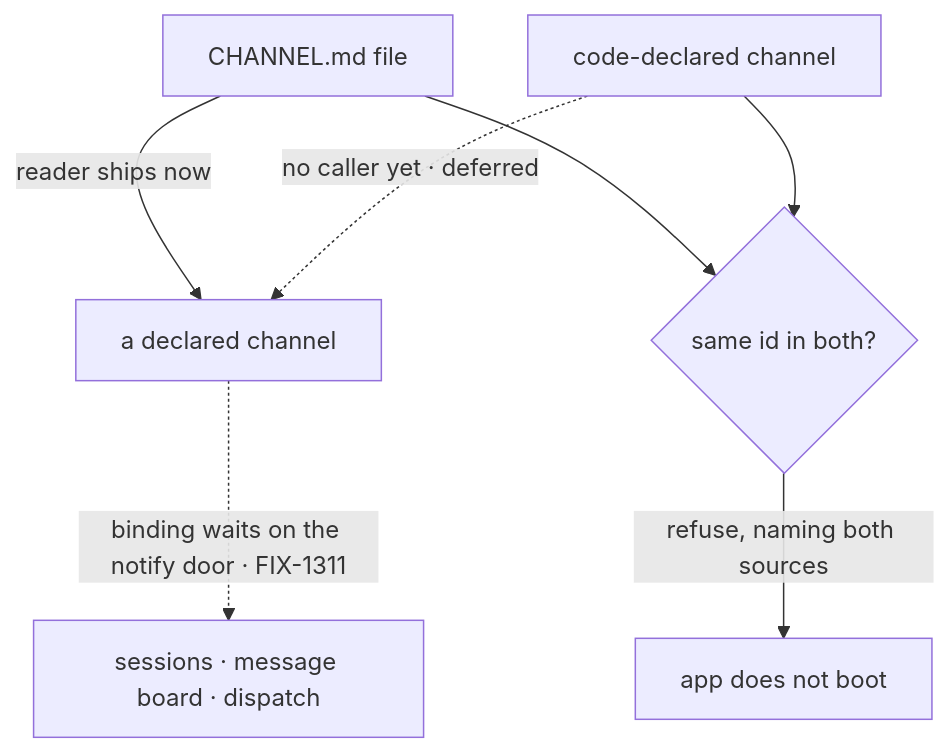
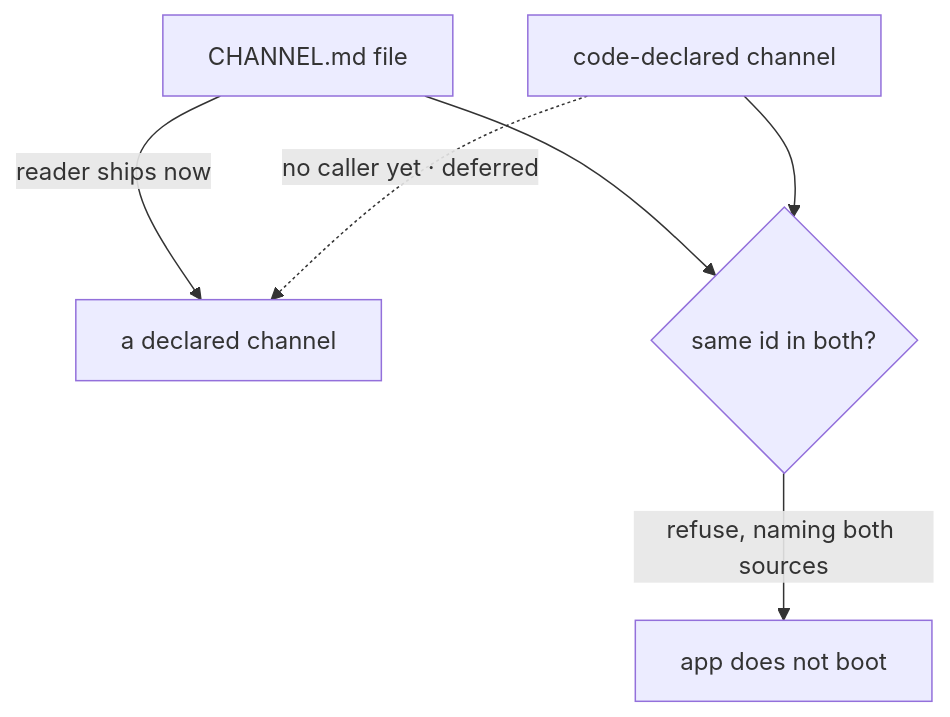
Before and after one commit to fixpoint-labs/flow-state-dev: the third of 3 diagrams in spec/FIX-1352.explainer.md, drawn with Mermaid. The commit also changed other lines of this file and 1 other file, not shown here.

````diff
--- a/spec/FIX-1352.explainer.md
+++ b/spec/FIX-1352.explainer.md
@@ -49,9 +42,8 @@
 ```mermaid
 flowchart TD
   FILE["CHANNEL.md file"] -->|"reader ships now"| CH["a declared channel"]
   CODED["code-declared channel"] -.->|"no caller yet · deferred"| CH
   FILE --> DUP{"same id in both?"}
   CODED --> DUP
   DUP -->|"refuse, naming both sources"| STOP["app does not boot"]
-  CH -.->|"binding waits on the notify door · FIX-1311"| BIND["sessions · message board · dispatch"]
 ```
````
